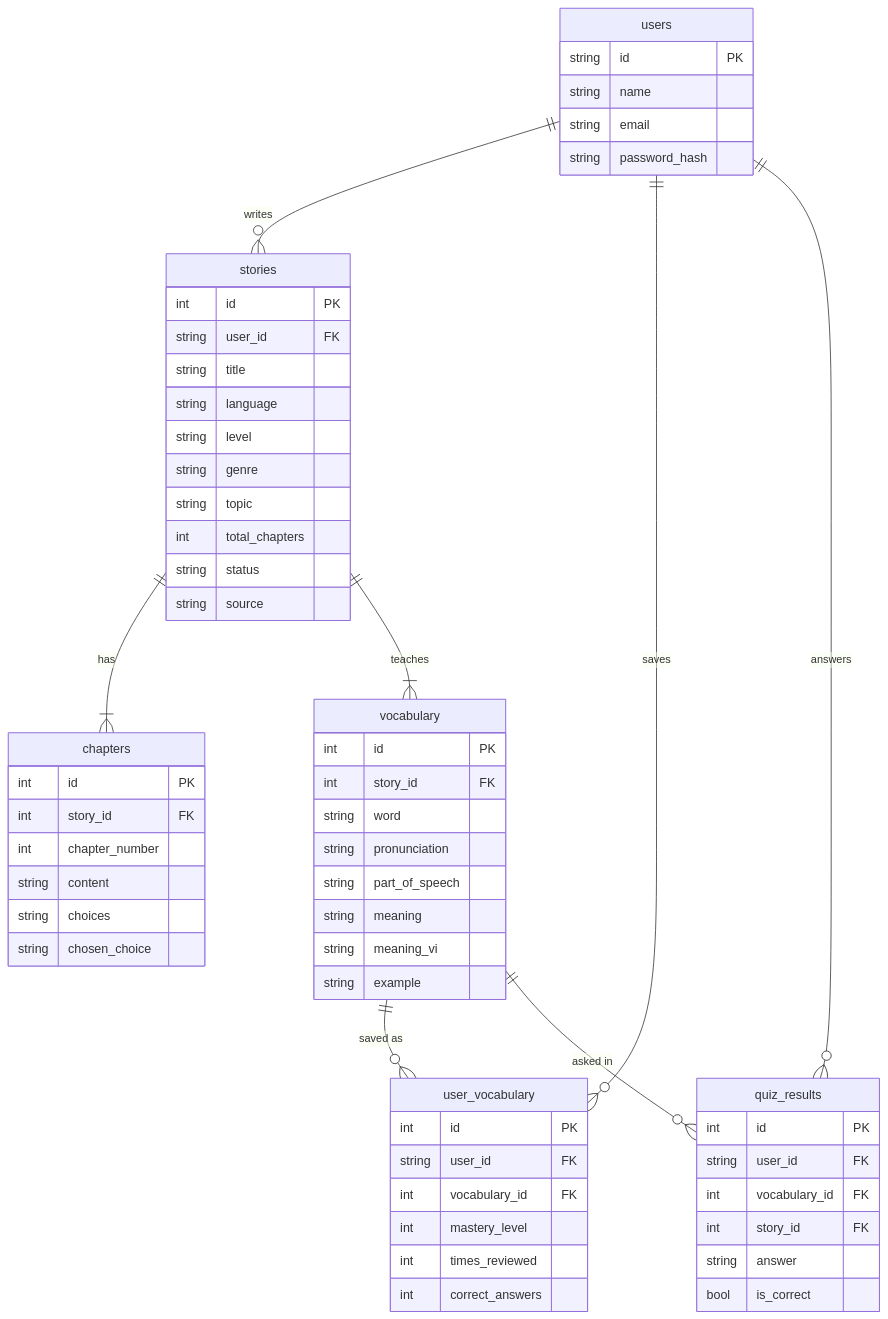
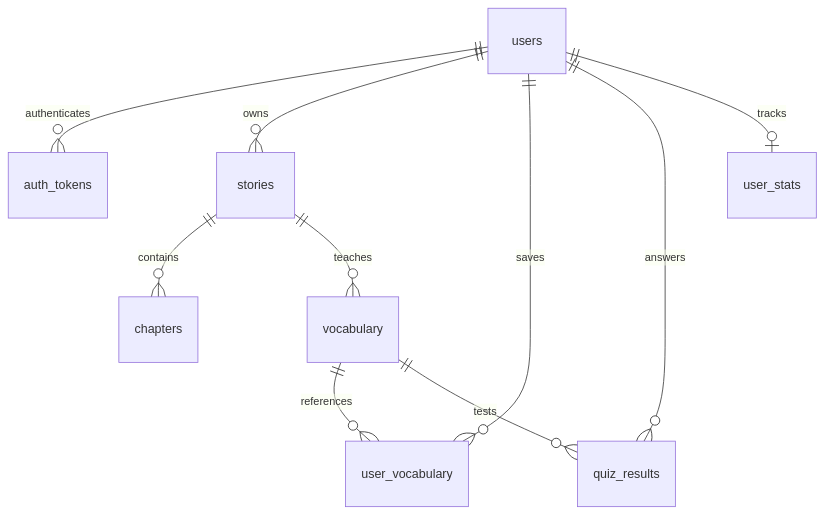
One commit to DakFu2k6/AISTORYLINGO changed the second of 2 diagrams in docs/ARCHITECTURE.md. Above: the diagram before and after it, drawn with Mermaid. The commit also changed other lines of this file and 36 other files, not shown here.

````diff
--- a/docs/ARCHITECTURE.md
+++ b/docs/ARCHITECTURE.md
@@ -28,63 +51,12 @@
 ```mermaid
 erDiagram
-    users ||--o{ stories : writes
+    users ||--o{ auth_tokens : authenticates
+    users ||--o{ stories : owns
     users ||--o{ user_vocabulary : saves
     users ||--o{ quiz_results : answers
-    stories ||--|{ chapters : has
-    stories ||--|{ vocabulary : teaches
-    vocabulary ||--o{ user_vocabulary : "saved as"
-    vocabulary ||--o{ quiz_results : "asked in"
-
-    users {
-        string id PK
-        string name
-        string email
-        string password_hash
-    }
-    stories {
-        int id PK
-        string user_id FK
-        string title
-        string language
-        string level
-        string genre
-        string topic
-        int total_chapters
-        string status
-        string source
-    }
-    chapters {
-        int id PK
-        int story_id FK
-        int chapter_number
-        string content
-        string choices
-        string chosen_choice
-    }
-    vocabulary {
-        int id PK
-        int story_id FK
-        string word
-        string pronunciation
-        string part_of_speech
-        string meaning
-        string meaning_vi
-        string example
-    }
-    user_vocabulary {
-        int id PK
-        string user_id FK
-        int vocabulary_id FK
-        int mastery_level
-        int times_reviewed
-        int correct_answers
-    }
-    quiz_results {
-        int id PK
-        string user_id FK
-        int vocabulary_id FK
-        int story_id FK
-        string answer
-        bool is_correct
-    }
+    users ||--o| user_stats : tracks
+    stories ||--o{ chapters : contains
+    stories ||--o{ vocabulary : teaches
+    vocabulary ||--o{ user_vocabulary : references
+    vocabulary ||--o{ quiz_results : tests
 ```
````
